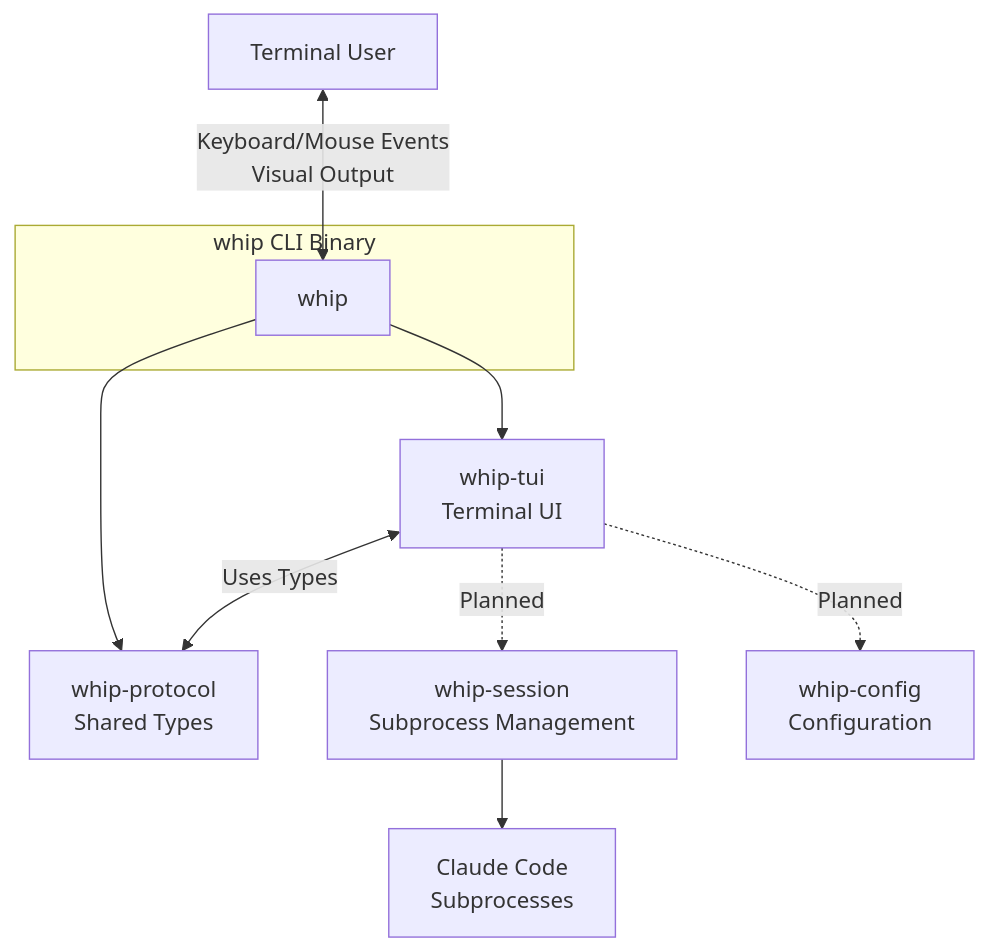
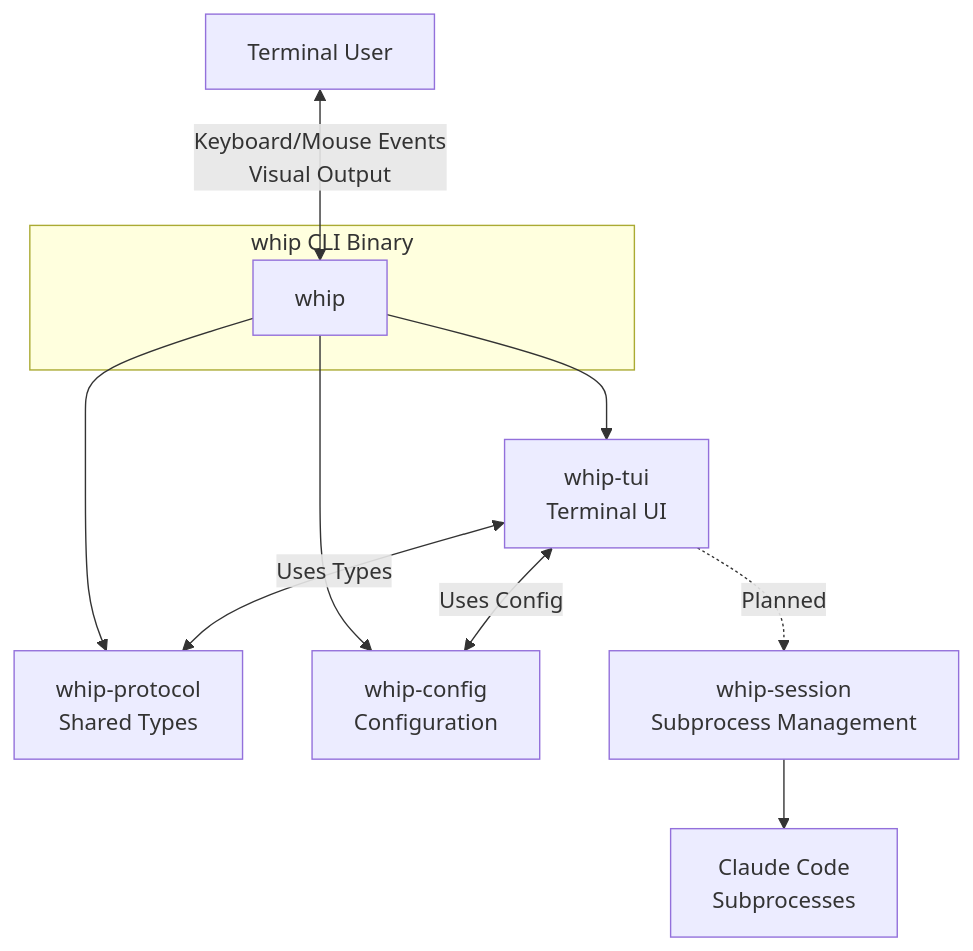
The first of 4 diagrams in ARCHITECTURE.md (RomainMuller/whip), drawn with Mermaid before and after one commit. The commit also changed other lines of this file and 31 other files, not shown here.

First line of the commit message:
feat(tui): add settings panel with configuration persistence (#13)

````diff
--- a/ARCHITECTURE.md
+++ b/ARCHITECTURE.md
@@ -7,18 +7,19 @@
 ```mermaid
 flowchart TB
     User[Terminal User]
     User <-->|Keyboard/Mouse Events<br/>Visual Output| whip
 
     subgraph whip_bin[whip CLI Binary]
         whip[whip]
     end
 
     whip --> tui[whip-tui<br/>Terminal UI]
     whip --> protocol[whip-protocol<br/>Shared Types]
+    whip --> config[whip-config<br/>Configuration]
     tui <-->|Uses Types| protocol
+    tui <-->|Uses Config| config
 
     tui -.->|Planned| session[whip-session<br/>Subprocess Management]
-    tui -.->|Planned| config[whip-config<br/>Configuration]
 
     session --> claude[Claude Code<br/>Subprocesses]
 ```
````
